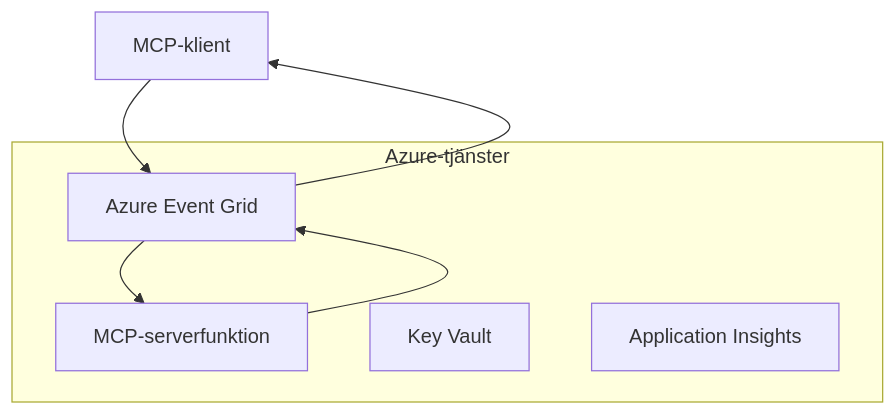
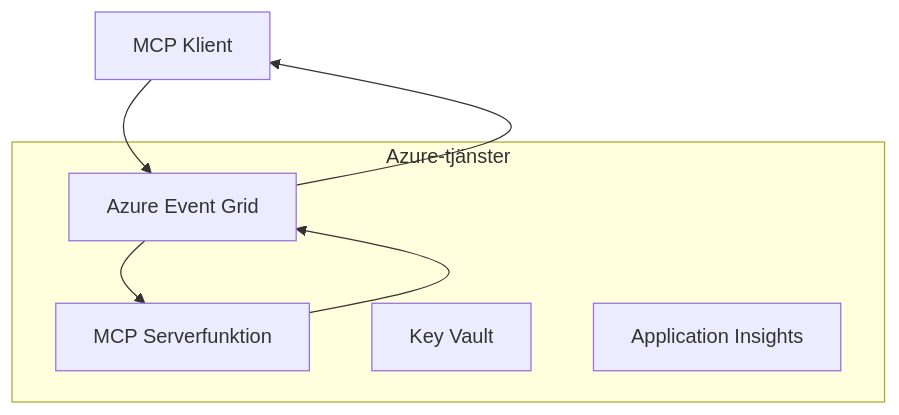
The first of 2 diagrams in mcp_ecosystem__model_context_protocol/mcp_learning_resources/mcp-for-beginners/translations/sv/05-AdvancedTopics/mcp-transport/README.md (HIDORAKAI002/ai-workspace-archive), drawn with Mermaid before and after one commit. The commit also changed other lines of this file and 1539 other files, not shown here.

````diff
--- a/mcp_ecosystem__model_context_protocol/mcp_learning_resources/mcp-for-beginners/translations/sv/05-AdvancedTopics/mcp-transport/README.md
+++ b/mcp_ecosystem__model_context_protocol/mcp_learning_resources/mcp-for-beginners/translations/sv/05-AdvancedTopics/mcp-transport/README.md
@@ -58,14 +58,14 @@
 ```mermaid
 graph TB
-    Client[MCP-klient] --> EG[Azure Event Grid]
-    EG --> Server[MCP-serverfunktion]
+    Client[MCP Klient] --> EG[Azure Event Grid]
+    EG --> Server[MCP Serverfunktion]
     Server --> EG
     EG --> Client
     
     subgraph "Azure-tjänster"
         EG
         Server
         KV[Key Vault]
         Monitor[Application Insights]
     end
 ```
````
